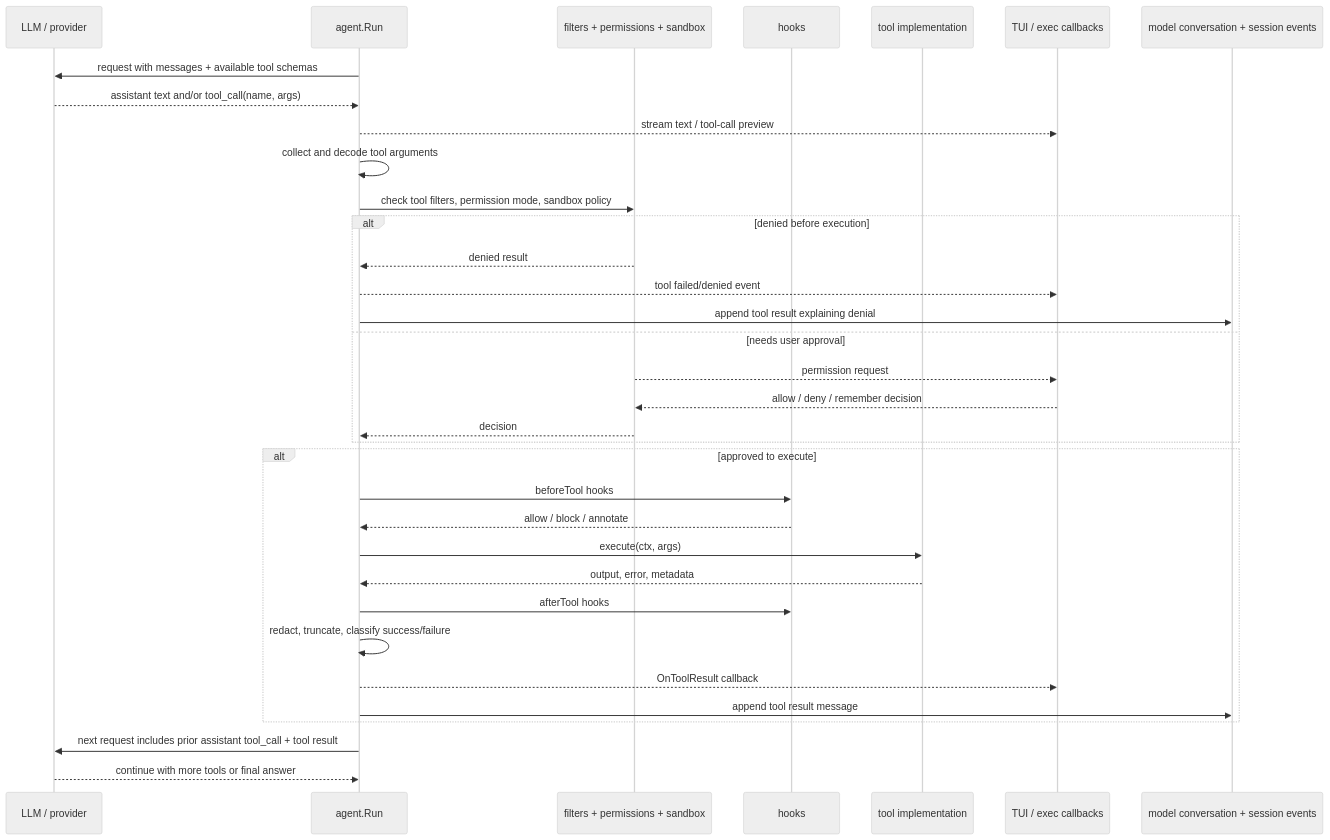
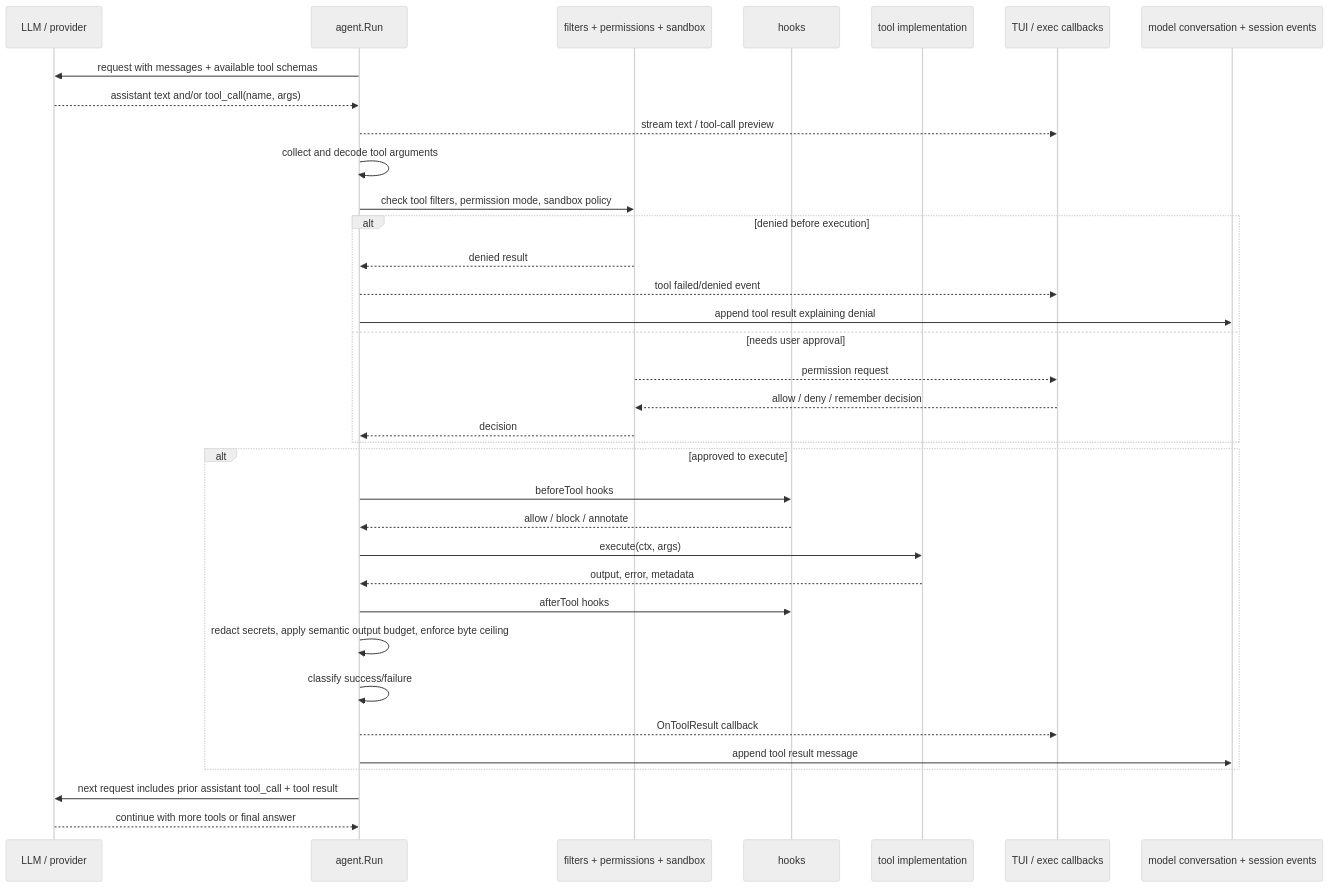
One commit to quebragalho-dev/quebragalho-cli changed the sixth of 16 diagrams in docs/HOW_ZERO_WORKS.md. Above: the diagram before and after it, drawn with Mermaid (neutral theme). The commit also changed other lines of this file and 29 other files, not shown here.

First line of the commit message:
perf(output): add token-aware semantic output budgeting (PR11) (#717)

````diff
--- a/docs/HOW_ZERO_WORKS.md
+++ b/docs/HOW_ZERO_WORKS.md
@@ -243,40 +243,41 @@
 ```mermaid
 sequenceDiagram
     participant Model as LLM / provider
     participant Agent as agent.Run
     participant Policy as filters + permissions + sandbox
     participant Hooks as hooks
     participant Tool as tool implementation
     participant Surface as TUI / exec callbacks
     participant Transcript as model conversation + session events
 
     Agent->>Model: request with messages + available tool schemas
     Model-->>Agent: assistant text and/or tool_call(name, args)
     Agent-->>Surface: stream text / tool-call preview
     Agent->>Agent: collect and decode tool arguments
     Agent->>Policy: check tool filters, permission mode, sandbox policy
 
     alt denied before execution
         Policy-->>Agent: denied result
         Agent-->>Surface: tool failed/denied event
         Agent->>Transcript: append tool result explaining denial
     else needs user approval
         Policy-->>Surface: permission request
         Surface-->>Policy: allow / deny / remember decision
         Policy-->>Agent: decision
     end
 
     alt approved to execute
         Agent->>Hooks: beforeTool hooks
         Hooks-->>Agent: allow / block / annotate
         Agent->>Tool: execute(ctx, args)
         Tool-->>Agent: output, error, metadata
         Agent->>Hooks: afterTool hooks
-        Agent->>Agent: redact, truncate, classify success/failure
+        Agent->>Agent: redact secrets, apply semantic output budget, enforce byte ceiling
+        Agent->>Agent: classify success/failure
         Agent-->>Surface: OnToolResult callback
         Agent->>Transcript: append tool result message
     end
 
     Agent->>Model: next request includes prior assistant tool_call + tool result
     Model-->>Agent: continue with more tools or final answer
 ```
````
